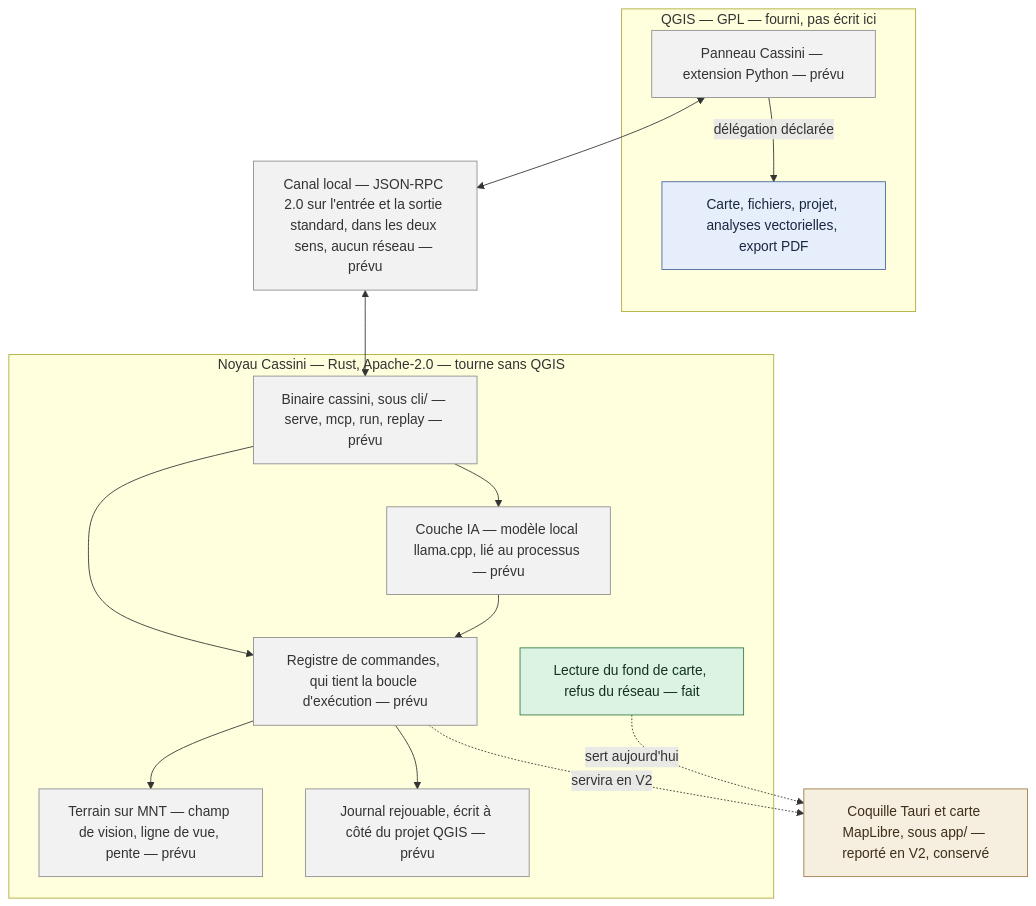
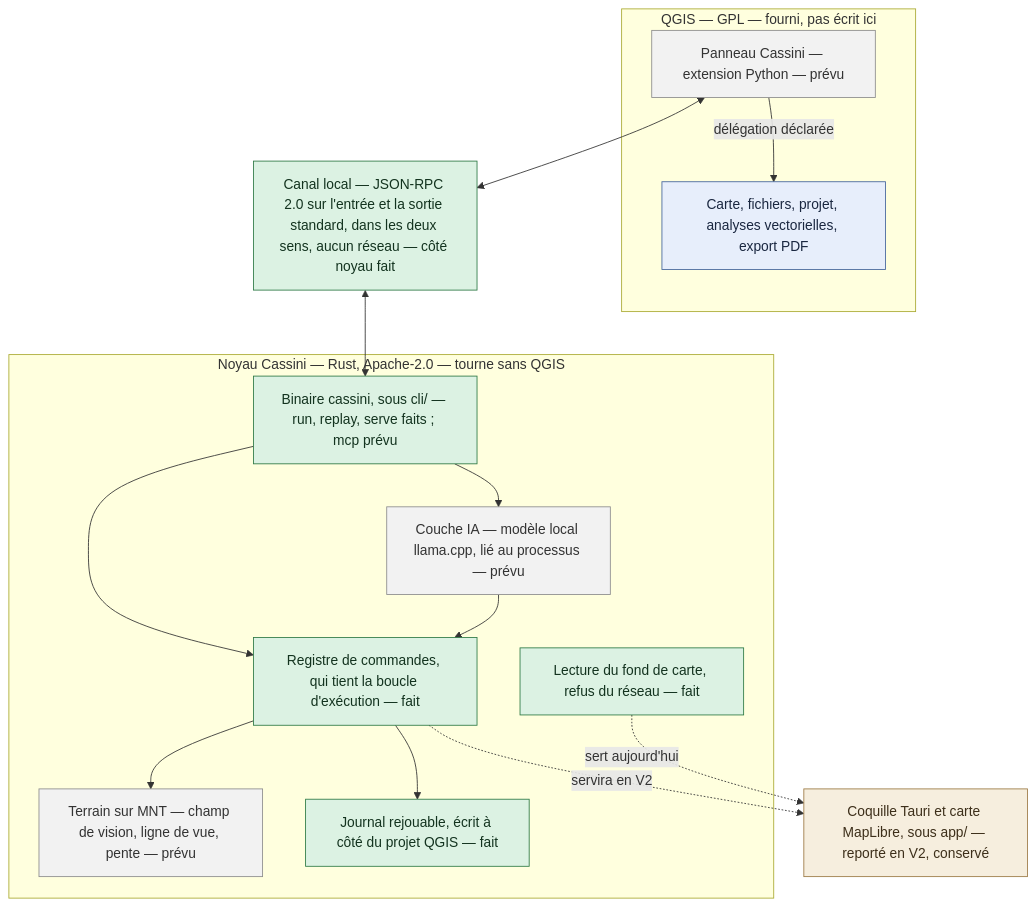
Before and after one commit to Kevzi/cassini-gis: the first of 3 diagrams in README.md, drawn with Mermaid. The commit also changed other lines of this file and 4 other files, not shown here.

````diff
--- a/README.md
+++ b/README.md
@@ -132,40 +142,40 @@
 ```mermaid
 flowchart TB
     subgraph qgis["QGIS — GPL — fourni, pas écrit ici"]
         panneau["Panneau Cassini — extension Python — prévu"]
         moteurQgis["Carte, fichiers, projet, analyses vectorielles, export PDF"]
     end
 
-    canal["Canal local — JSON-RPC 2.0 sur l'entrée et la sortie standard, dans les deux sens, aucun réseau — prévu"]
+    canal["Canal local — JSON-RPC 2.0 sur l'entrée et la sortie standard, dans les deux sens, aucun réseau — côté noyau fait"]
 
     subgraph noyau["Noyau Cassini — Rust, Apache-2.0 — tourne sans QGIS"]
-        binaire["Binaire cassini, sous cli/ — serve, mcp, run, replay — prévu"]
-        registre["Registre de commandes, qui tient la boucle d'exécution — prévu"]
+        binaire["Binaire cassini, sous cli/ — run, replay, serve faits ; mcp prévu"]
+        registre["Registre de commandes, qui tient la boucle d'exécution — fait"]
         binaire --> registre
         terrain["Terrain sur MNT — champ de vision, ligne de vue, pente — prévu"]
-        journal["Journal rejouable, écrit à côté du projet QGIS — prévu"]
+        journal["Journal rejouable, écrit à côté du projet QGIS — fait"]
         ia["Couche IA — modèle local llama.cpp, lié au processus — prévu"]
         fond["Lecture du fond de carte, refus du réseau — fait"]
         registre --> terrain
         registre --> journal
         binaire --> ia
         ia --> registre
     end
 
     v2["Coquille Tauri et carte MapLibre, sous app/ — reporté en V2, conservé"]
 
     panneau <--> canal
     canal <--> binaire
     panneau -->|"délégation déclarée"| moteurQgis
     fond -.->|"sert aujourd'hui"| v2
     registre -.->|"servira en V2"| v2
 
     classDef fait fill:#dcf2e3,stroke:#2f7a46,color:#13331f
     classDef prevu fill:#f2f2f2,stroke:#8d8d8d,color:#333333
     classDef fourni fill:#e7eefb,stroke:#45659c,color:#1a2740
     classDef reporte fill:#f6eede,stroke:#9c7a45,color:#3d2f1a
-    class fond fait
-    class panneau,canal,binaire,registre,terrain,journal,ia prevu
+    class fond,canal,binaire,registre,journal fait
+    class panneau,terrain,ia prevu
     class moteurQgis fourni
     class v2 reporte
 ```
````
